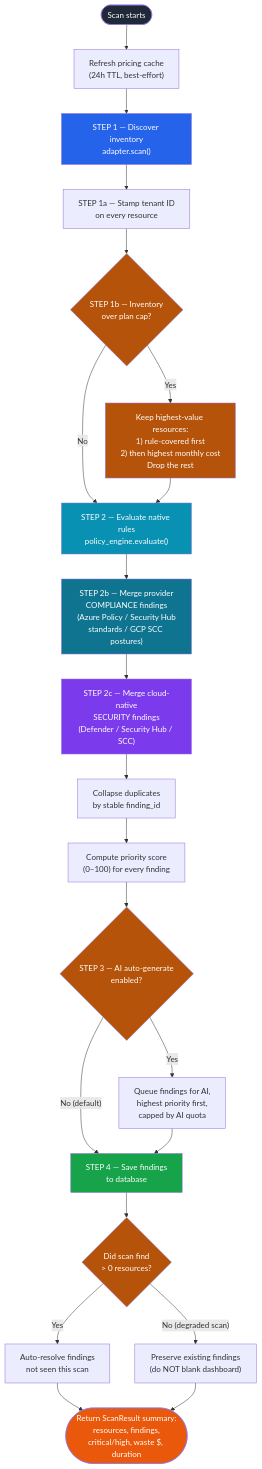
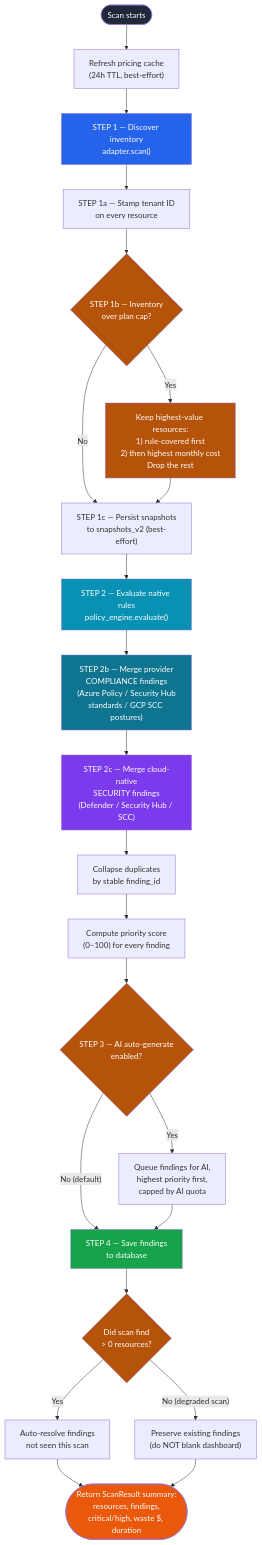
One commit to sandyshd/CloudGuardIQ changed the third of 7 diagrams in docs/scan-pipeline-flow.md. Above: the diagram before and after it, drawn with Mermaid. The commit also changed other lines of this file, not shown here.

Commit message:
docs(scan): align pipeline flow with manual lifecycle and snapshot persistence

````diff
--- a/docs/scan-pipeline-flow.md
+++ b/docs/scan-pipeline-flow.md
@@ -84,43 +88,44 @@
 ```mermaid
 flowchart TD
     Start(["Scan starts"]) --> Price["Refresh pricing cache<br/>(24h TTL, best-effort)"]
     Price --> Scan["STEP 1 — Discover inventory<br/>adapter.scan()"]
 
     Scan --> Stamp["STEP 1a — Stamp tenant ID<br/>on every resource"]
     Stamp --> Cap{"STEP 1b — Inventory<br/>over plan cap?"}
 
-    Cap -- "No" --> Eval
+    Cap -- "No" --> Persist
     Cap -- "Yes" --> Trunc["Keep highest-value resources:<br/>1) rule-covered first<br/>2) then highest monthly cost<br/>Drop the rest"]
-    Trunc --> Eval
+    Trunc --> Persist
+    Persist["STEP 1c — Persist snapshots<br/>to snapshots_v2 (best-effort)"] --> Eval
 
     Eval["STEP 2 — Evaluate native rules<br/>policy_engine.evaluate()"] --> Merge1["STEP 2b — Merge provider<br/>COMPLIANCE findings<br/>(Azure Policy / Security Hub<br/>standards / GCP SCC postures)"]
     Merge1 --> Merge2["STEP 2c — Merge cloud-native<br/>SECURITY findings<br/>(Defender / Security Hub / SCC)"]
 
     Merge2 --> Dedup["Collapse duplicates<br/>by stable finding_id"]
     Dedup --> Score["Compute priority score<br/>(0–100) for every finding"]
 
     Score --> AIgate{"STEP 3 — AI auto-generate<br/>enabled?"}
     AIgate -- "No (default)" --> Save
     AIgate -- "Yes" --> Queue["Queue findings for AI,<br/>highest priority first,<br/>capped by AI quota"]
     Queue --> Save
 
     Save["STEP 4 — Save findings<br/>to database"] --> Resolve{"Did scan find<br/>&gt; 0 resources?"}
     Resolve -- "Yes" --> Sweep["Auto-resolve findings<br/>not seen this scan"]
     Resolve -- "No (degraded scan)" --> Keep["Preserve existing findings<br/>(do NOT blank dashboard)"]
 
     Sweep --> Result
     Keep --> Result
     Result(["Return ScanResult summary:<br/>resources, findings,<br/>critical/high, waste $, duration"])
 
     style Start fill:#1f2937,color:#fff
     style Scan fill:#2563eb,color:#fff
     style Cap fill:#b45309,color:#fff
     style Trunc fill:#b45309,color:#fff
     style Eval fill:#0891b2,color:#fff
     style Merge1 fill:#0e7490,color:#fff
     style Merge2 fill:#7c3aed,color:#fff
     style AIgate fill:#b45309,color:#fff
     style Save fill:#16a34a,color:#fff
     style Resolve fill:#b45309,color:#fff
     style Result fill:#ea580c,color:#fff
 ```
````
